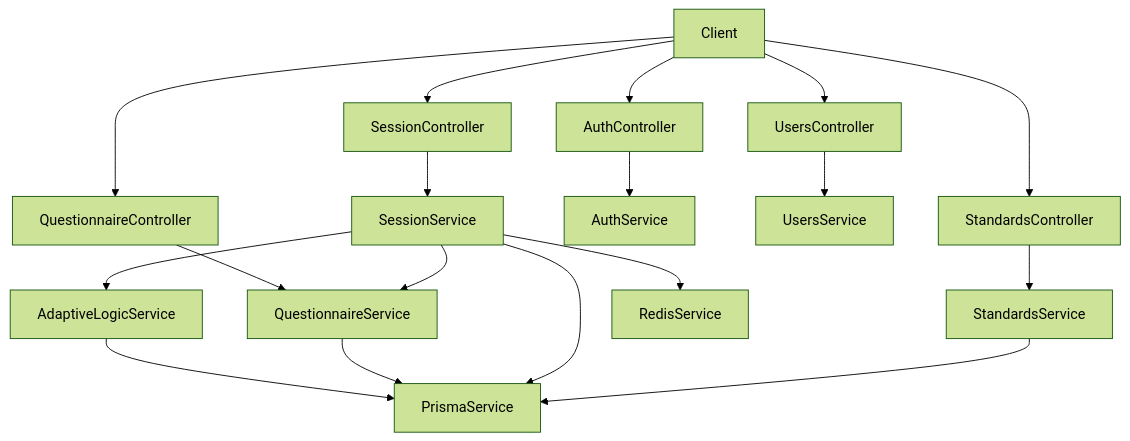
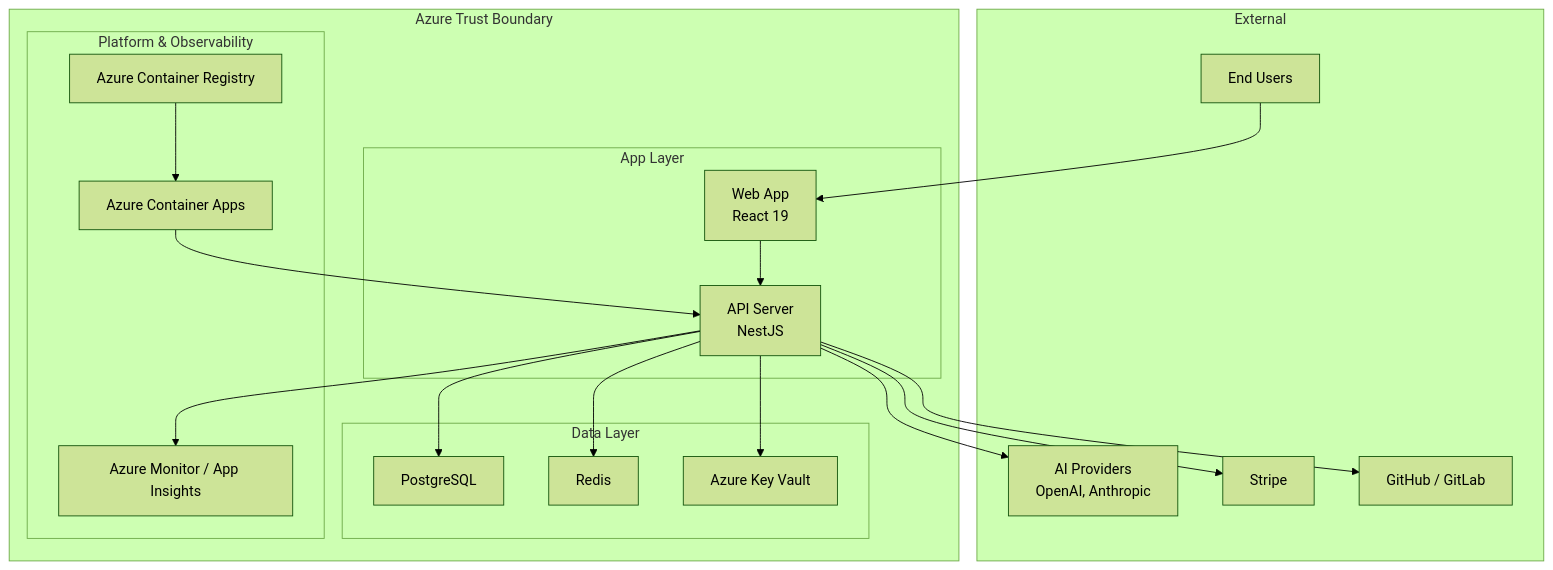
The second of 9 diagrams in .qoder/repowiki/en/content/Architecture Overview/Architecture Overview.md (BAS-More/Quiz2Biz), drawn with Mermaid (forest theme) before and after one commit. The commit also changed other lines of this file and 191 other files, not shown here.

````diff
--- a/.qoder/repowiki/en/content/Architecture Overview/Architecture Overview.md
+++ b/.qoder/repowiki/en/content/Architecture Overview/Architecture Overview.md
@@ -138,34 +96,36 @@
 ```mermaid
 graph TB
-Client["Client"]
-CtrlAuth["AuthController"]
-CtrlUsers["UsersController"]
-CtrlQuest["QuestionnaireController"]
-CtrlSession["SessionController"]
-CtrlStandards["StandardsController"]
-SvcAuth["AuthService"]
-SvcUsers["UsersService"]
-SvcQuest["QuestionnaireService"]
-SvcSession["SessionService"]
-SvcAdaptive["AdaptiveLogicService"]
-SvcStandards["StandardsService"]
-DB["PrismaService"]
-Cache["RedisService"]
-Client --> CtrlAuth
-Client --> CtrlUsers
-Client --> CtrlQuest
-Client --> CtrlSession
-Client --> CtrlStandards
-CtrlAuth --> SvcAuth
-CtrlUsers --> SvcUsers
-CtrlQuest --> SvcQuest
-CtrlSession --> SvcSession
-CtrlStandards --> SvcStandards
-SvcSession --> SvcAdaptive
-SvcSession --> SvcQuest
-SvcAdaptive --> DB
-SvcQuest --> DB
-SvcSession --> DB
-SvcStandards --> DB
-SvcSession --> Cache
+subgraph "External"
+Users["End Users"]
+Providers["AI Providers<br/>OpenAI, Anthropic"]
+Payments["Stripe"]
+SCM["GitHub / GitLab"]
+end
+subgraph "Azure Trust Boundary"
+subgraph "App Layer"
+API["API Server<br/>NestJS"]
+WEB["Web App<br/>React 19"]
+end
+subgraph "Data Layer"
+DB["PostgreSQL"]
+CACHE["Redis"]
+KV["Azure Key Vault"]
+end
+subgraph "Platform & Observability"
+ACA["Azure Container Apps"]
+ACR["Azure Container Registry"]
+MON["Azure Monitor / App Insights"]
+end
+end
+Users --> WEB
+WEB --> API
+API --> DB
+API --> CACHE
+API --> KV
+API --> Providers
+API --> Payments
+API --> SCM
+ACR --> ACA
+ACA --> API
+API --> MON
 ```
````
